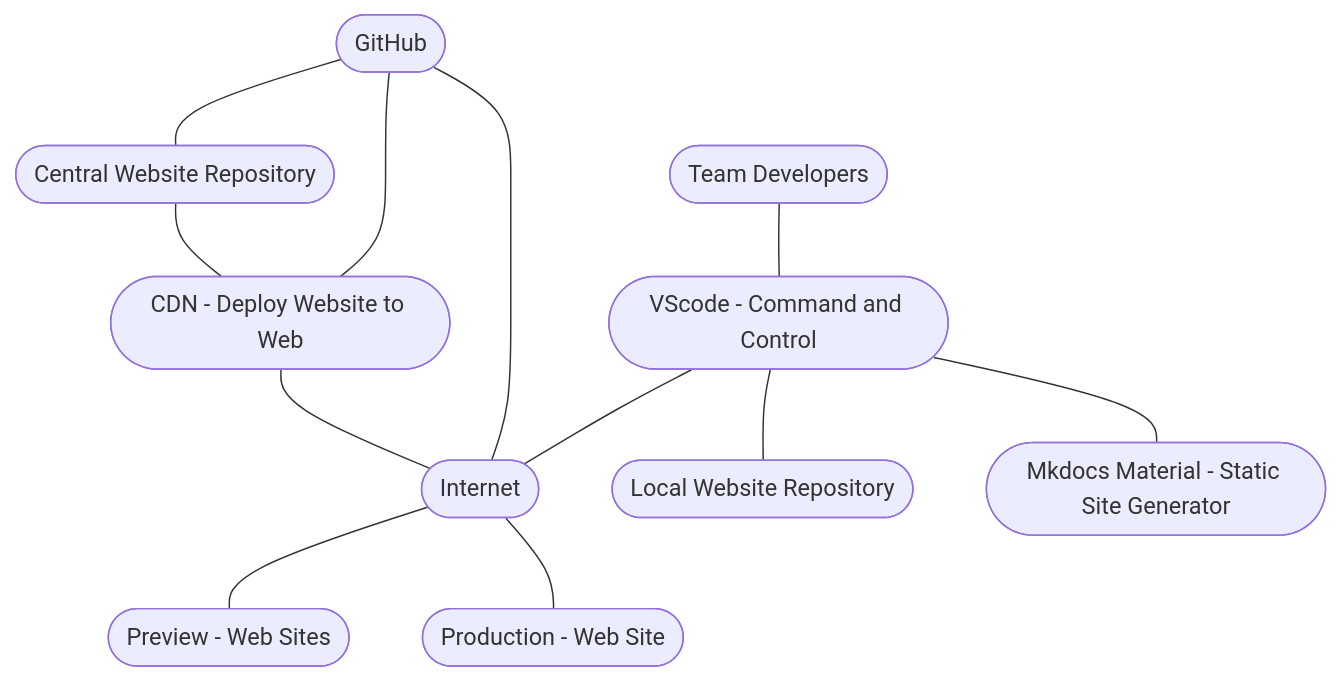
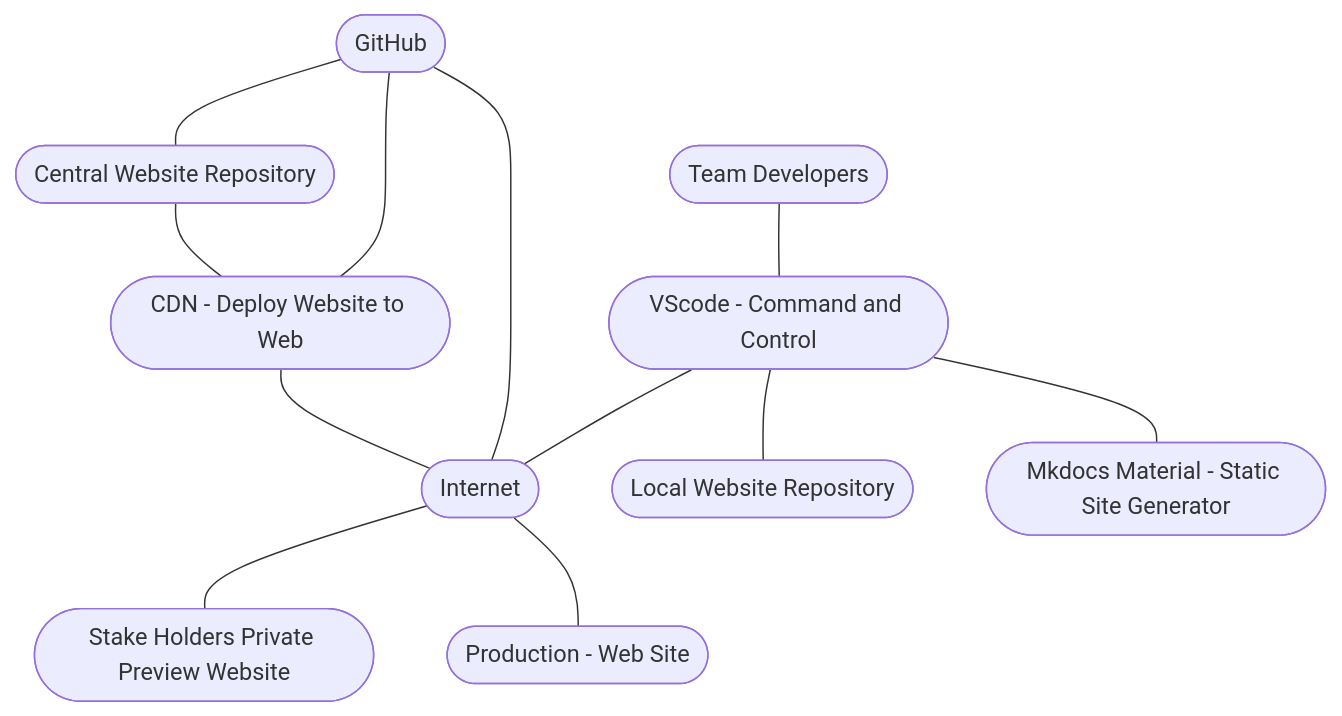
The diagram in docs/website_dev_stack.md (JohnTelford/mkdocs_01_03_2023), drawn with Mermaid before and after one commit. The commit also changed other lines of this file and 12 other files, not shown here.

````diff
--- a/docs/website_dev_stack.md
+++ b/docs/website_dev_stack.md
@@ -15,46 +15,46 @@
 ``` mermaid
 flowchart TB
 	
 	crepo --- cdn
 
 	cdn --- net
 
 	dev --- vsc 
 
 	github --- crepo
 
 	github --- cdn
 
 	github --- net
 	
 	vsc --- lrepo
 	
 	net --- prevweb
 
 	net --- proweb
 
 	vsc --- net
 
 	vsc --- mkd
 
 	dev([Team Developers])
 
 	cdn([CDN - Deploy Website to Web])
 
 	crepo([Central Website Repository])
 
 	github([GitHub]) 
 
 	lrepo([Local Website Repository])
 
 	mkd([Mkdocs Material - Static Site Generator])
 
 	net([Internet]) 
 	
-	prevweb([Preview - Web Sites])
+	prevweb([Stake Holders Private Preview Website])
 
 	proweb([Production - Web Site])
 
 	vsc([VScode - Command and Control]) 
 
 ```
````
